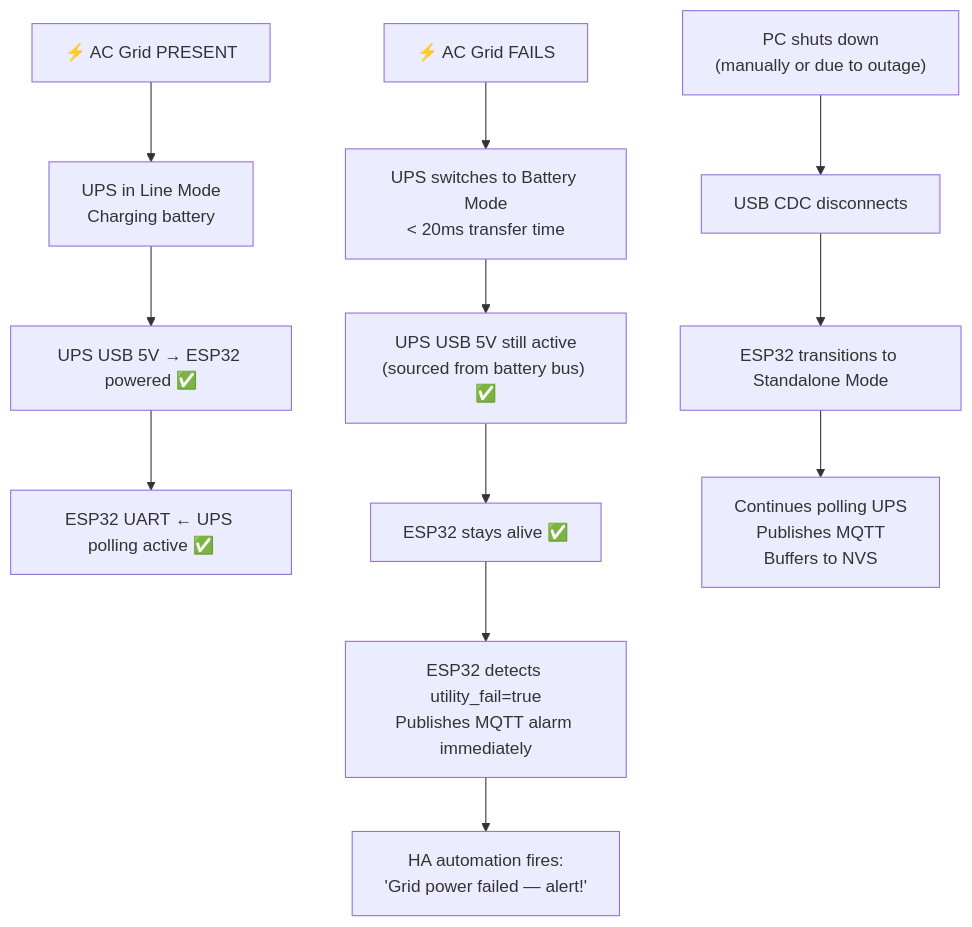
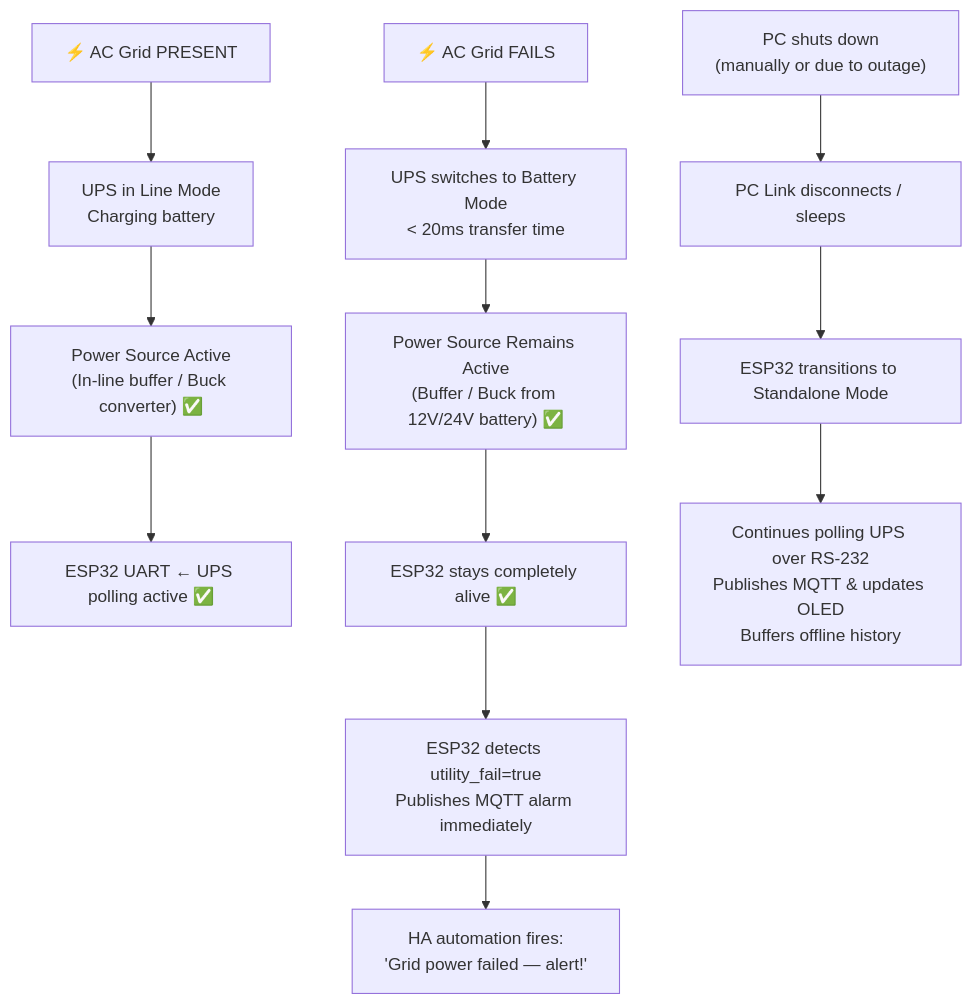
Diagram 15 of 16 in docs/IoT_Integration.md (Sandakan/UPSED), drawn with Mermaid before and after one commit. The commit also changed other lines of this file and 2 other files, not shown here.

Commit message:
feat: update documentation with hardware port exclusivity and power requirements for UPS integration

````diff
--- a/docs/IoT_Integration.md
+++ b/docs/IoT_Integration.md
@@ -885,16 +899,16 @@
 ```mermaid
 flowchart TD
     A["⚡ AC Grid PRESENT"] --> B["UPS in Line Mode\nCharging battery"]
-    B --> C["UPS USB 5V → ESP32 powered ✅"]
+    B --> C["Power Source Active\n(In-line buffer / Buck converter) ✅"]
     C --> D["ESP32 UART ← UPS polling active ✅"]
 
     E["⚡ AC Grid FAILS"] --> F["UPS switches to Battery Mode\n< 20ms transfer time"]
-    F --> G["UPS USB 5V still active\n(sourced from battery bus) ✅"]
-    G --> H["ESP32 stays alive ✅"]
+    F --> G["Power Source Remains Active\n(Buffer / Buck from 12V/24V battery) ✅"]
+    G --> H["ESP32 stays completely alive ✅"]
     H --> I["ESP32 detects utility_fail=true\nPublishes MQTT alarm immediately"]
     I --> J["HA automation fires:\n'Grid power failed — alert!'"]
 
-    K["PC shuts down\n(manually or due to outage)"] --> L["USB CDC disconnects"]
+    K["PC shuts down\n(manually or due to outage)"] --> L["PC Link disconnects / sleeps"]
     L --> M["ESP32 transitions to Standalone Mode"]
-    M --> N["Continues polling UPS\nPublishes MQTT\nBuffers to NVS"]
+    M --> N["Continues polling UPS over RS-232\nPublishes MQTT & updates OLED\nBuffers offline history"]
 ```
````
